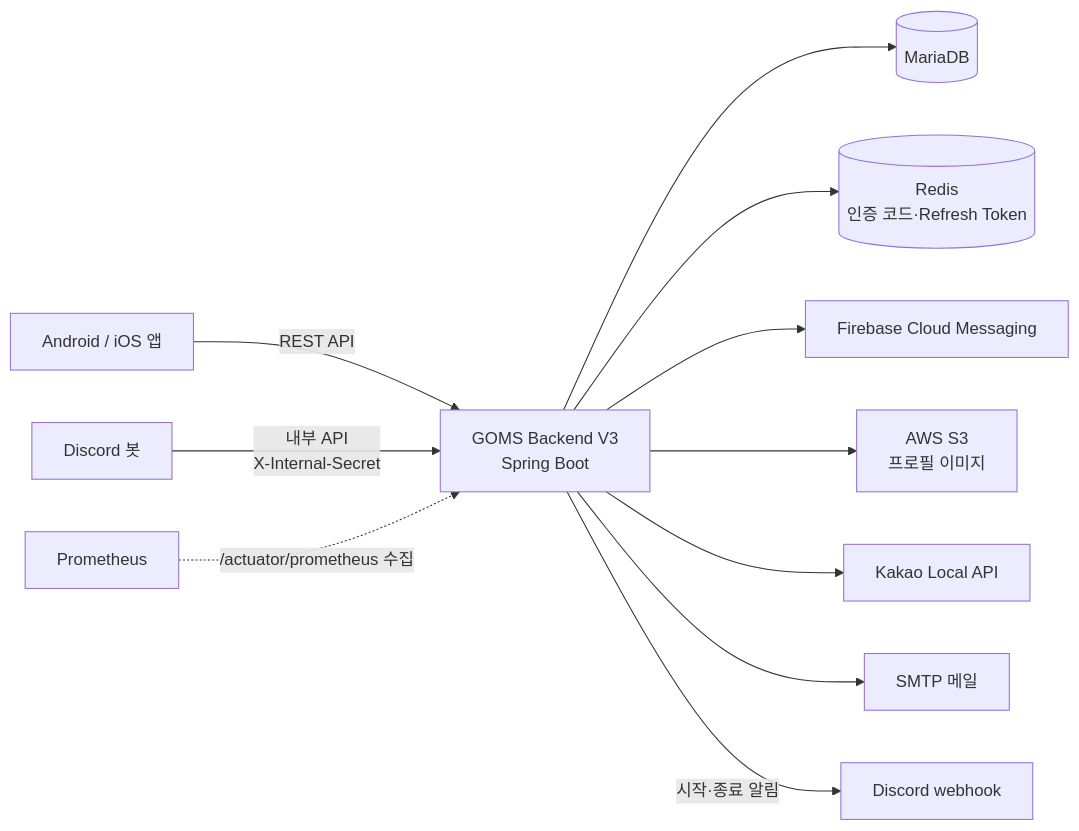
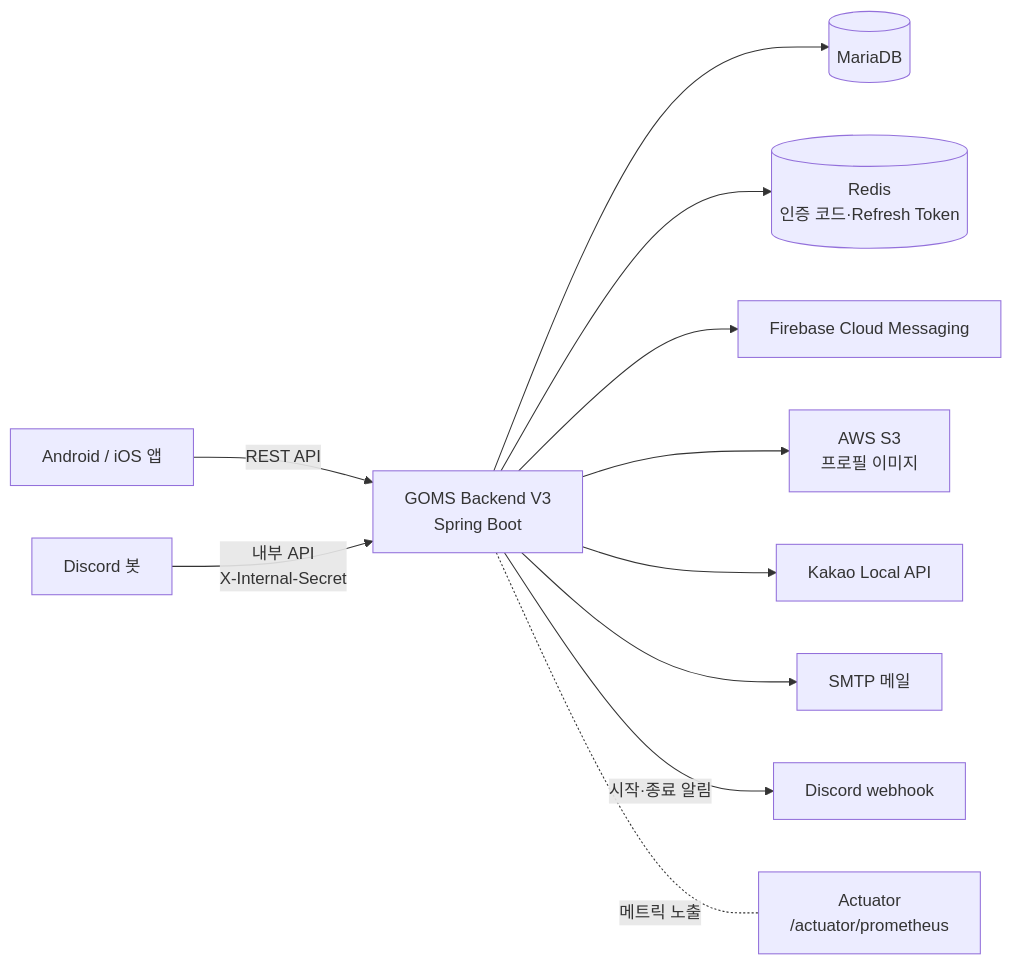
Before and after one commit to team-haribo/GOMS-Backend-V3: the diagram in README.md, drawn with Mermaid. The commit also changed other lines of this file, not shown here.

Commit message:
docs: README 최신 develop 기준 실행·메트릭·알림 안내 보완

````diff
--- a/README.md
+++ b/README.md
@@ -43,15 +43,14 @@
 ```mermaid
 flowchart LR
     App["Android / iOS 앱"] -->|"REST API"| API["GOMS Backend V3<br/>Spring Boot"]
     Bot["Discord 봇"] -->|"내부 API<br/>X-Internal-Secret"| API
 
     API --> DB[("MariaDB")]
     API --> Redis[("Redis<br/>인증 코드·Refresh Token")]
     API --> FCM["Firebase Cloud Messaging"]
     API --> S3["AWS S3<br/>프로필 이미지"]
     API --> Kakao["Kakao Local API"]
     API --> Mail["SMTP 메일"]
     API -->|"시작·종료 알림"| Webhook["Discord webhook"]
-
-    Prom["Prometheus"] -.->|"/actuator/prometheus 수집"| API
+    API -.-|"메트릭 노출"| Metrics["Actuator<br/>/actuator/prometheus"]
 ```
````
